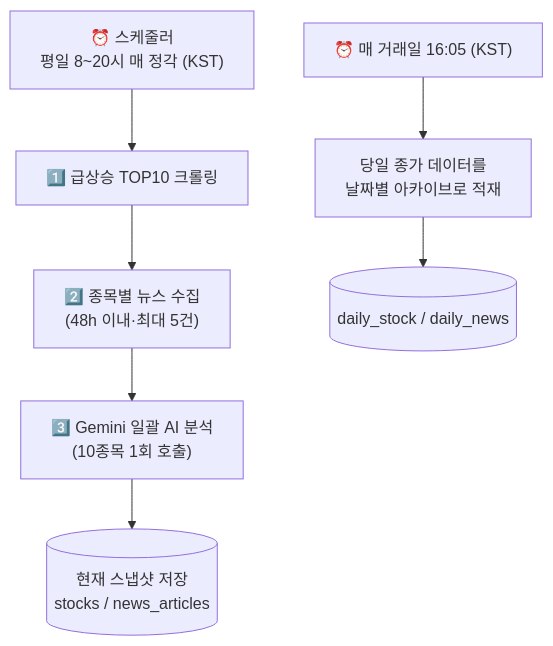
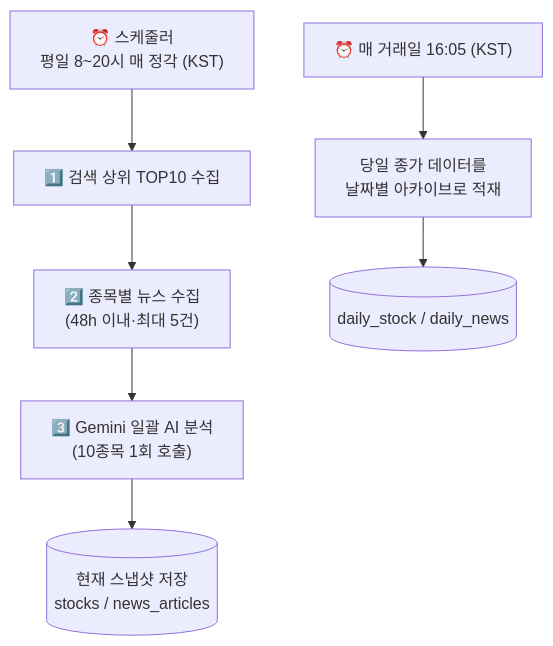
The second of 3 diagrams in README.md (zizonpubao/AI_stock_news), drawn with Mermaid before and after one commit. The commit also changed other lines of this file and 27 other files, not shown here.

````diff
--- a/README.md
+++ b/README.md
@@ -181,10 +184,10 @@
 ```mermaid
 flowchart TD
-    S["⏰ 스케줄러<br/>평일 8~20시 매 정각 (KST)"] --> C["1️⃣ 급상승 TOP10 크롤링"]
+    S["⏰ 스케줄러<br/>평일 8~20시 매 정각 (KST)"] --> C["1️⃣ 검색 상위 TOP10 수집"]
     C --> N["2️⃣ 종목별 뉴스 수집<br/>(48h 이내·최대 5건)"]
     N --> A["3️⃣ Gemini 일괄 AI 분석<br/>(10종목 1회 호출)"]
     A --> DB[("현재 스냅샷 저장<br/>stocks / news_articles")]
 
     S2["⏰ 매 거래일 16:05 (KST)"] --> AR["당일 종가 데이터를<br/>날짜별 아카이브로 적재"]
     AR --> DB2[("daily_stock / daily_news")]
 ```
````
